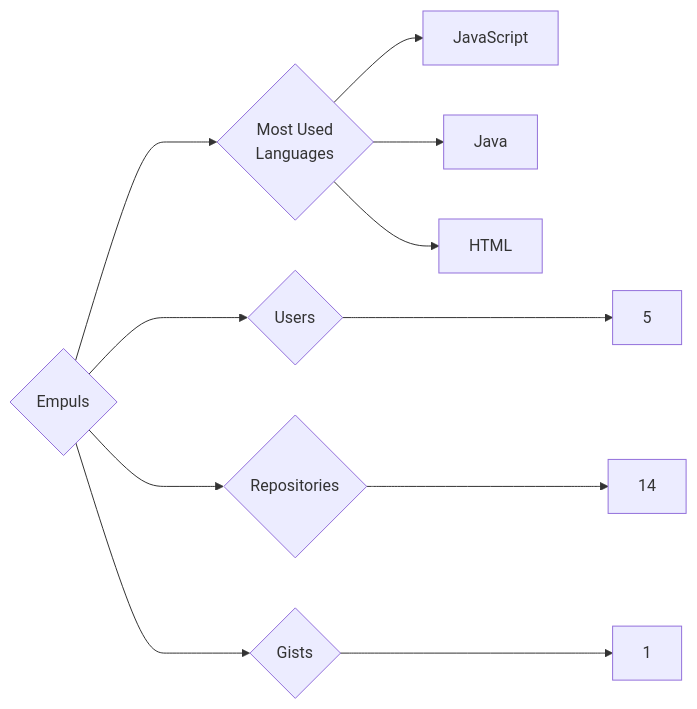
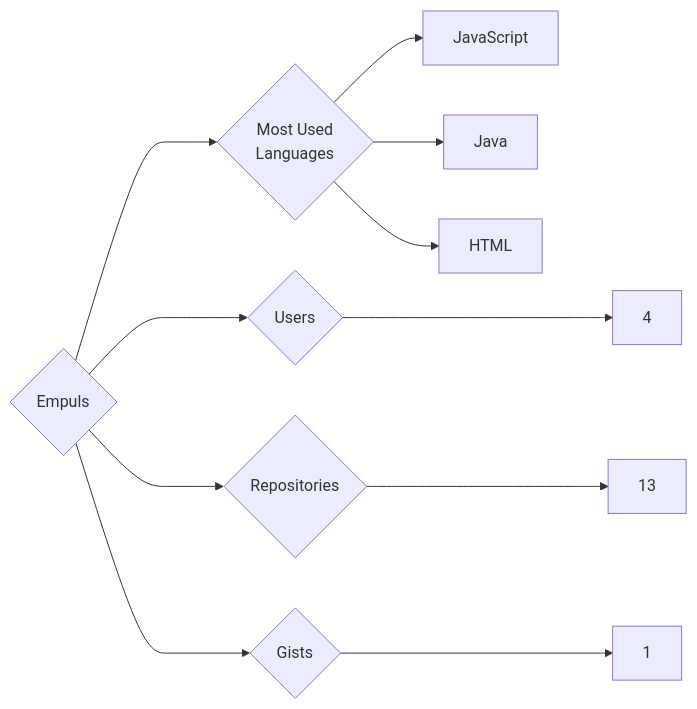
Before and after one commit to trickest/insiders: the diagram in targets/Empuls/README.md, drawn with Mermaid. The commit also changed 933 other files, not shown here.

````diff
--- a/targets/Empuls/README.md
+++ b/targets/Empuls/README.md
@@ -3,11 +3,11 @@
 ```mermaid
 graph LR
 COMPANY_NAME{Empuls}
-COMPANY_NAME ---> U{Users} ---> UN[5]
-COMPANY_NAME ---> R{Repositories} ---> RN[14]
+COMPANY_NAME ---> U{Users} ---> UN[4]
+COMPANY_NAME ---> R{Repositories} ---> RN[13]
 COMPANY_NAME ---> G{Gists} ---> GN[1]
 COMPANY_NAME ---> ML{Most Used<br>Languages}
 ML --> JavaScript[JavaScript]
 ML --> Java[Java]
 ML --> HTML[HTML]
 ```
````
